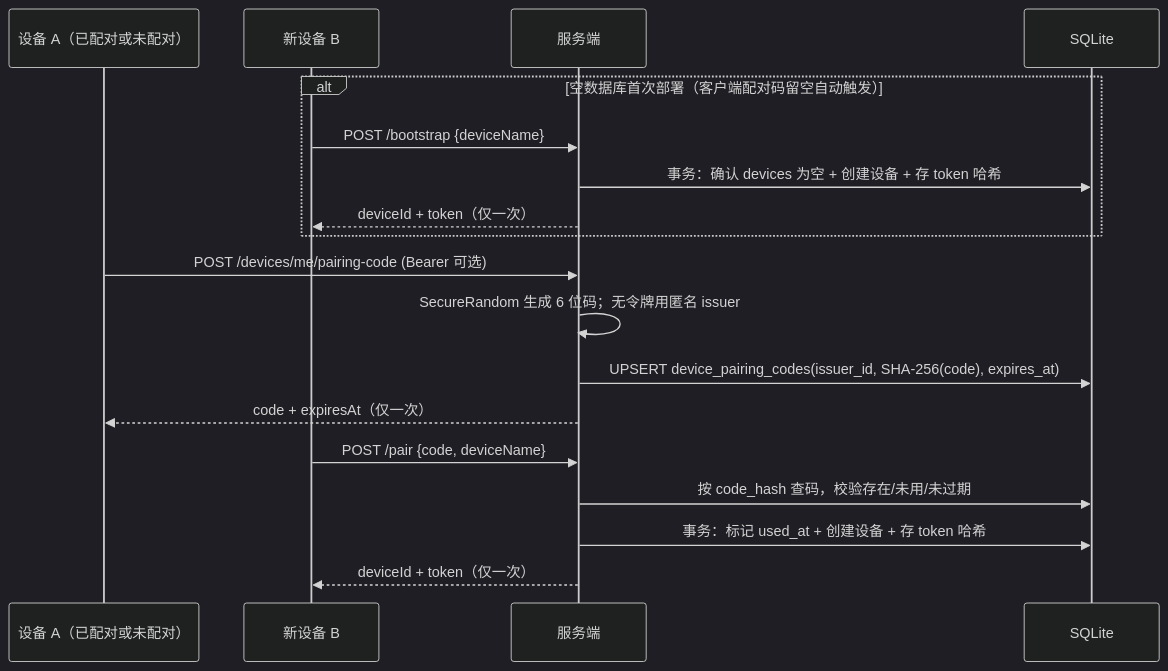
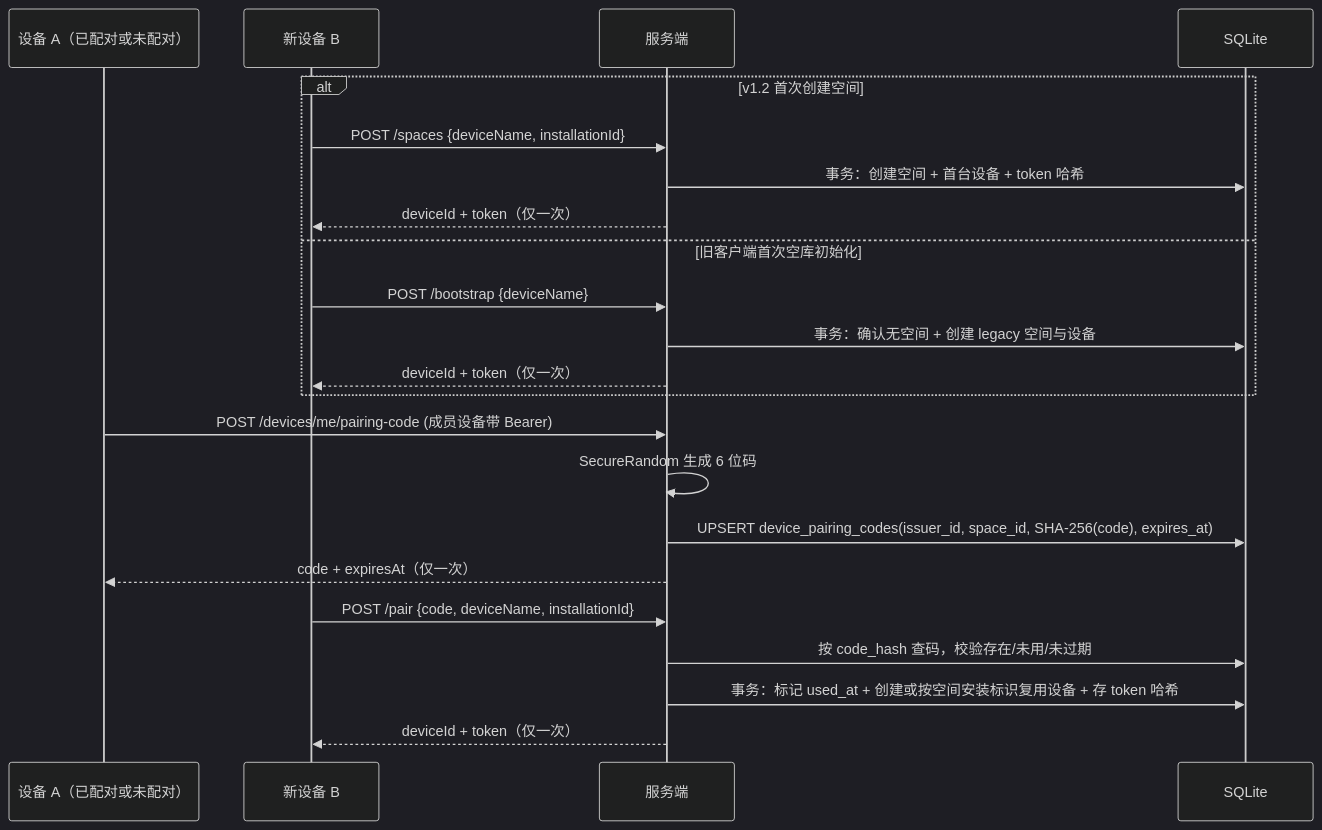
Before and after one commit to xingfengwxx/Clipbox: the third of 8 diagrams in docs/服务端技术架构.md, drawn with Mermaid (dark theme). The commit also changed other lines of this file and 9 other files, not shown here.

````diff
--- a/docs/服务端技术架构.md
+++ b/docs/服务端技术架构.md
@@ -697,21 +717,25 @@
 ```mermaid
 sequenceDiagram
     participant A as 设备 A（已配对或未配对）
     participant C as 新设备 B
     participant S as 服务端
     participant DB as SQLite
 
-    alt 空数据库首次部署（客户端配对码留空自动触发）
+    alt v1.2 首次创建空间
+        C->>S: POST /spaces {deviceName, installationId}
+        S->>DB: 事务：创建空间 + 首台设备 + token 哈希
+        S-->>C: deviceId + token（仅一次）
+    else 旧客户端首次空库初始化
         C->>S: POST /bootstrap {deviceName}
-        S->>DB: 事务：确认 devices 为空 + 创建设备 + 存 token 哈希
+        S->>DB: 事务：确认无空间 + 创建 legacy 空间与设备
         S-->>C: deviceId + token（仅一次）
     end
-    A->>S: POST /devices/me/pairing-code (Bearer 可选)
-    S->>S: SecureRandom 生成 6 位码；无令牌用匿名 issuer
-    S->>DB: UPSERT device_pairing_codes(issuer_id, SHA-256(code), expires_at)
+    A->>S: POST /devices/me/pairing-code (成员设备带 Bearer)
+    S->>S: SecureRandom 生成 6 位码
+    S->>DB: UPSERT device_pairing_codes(issuer_id, space_id, SHA-256(code), expires_at)
     S-->>A: code + expiresAt（仅一次）
-    C->>S: POST /pair {code, deviceName}
+    C->>S: POST /pair {code, deviceName, installationId}
     S->>DB: 按 code_hash 查码，校验存在/未用/未过期
-    S->>DB: 事务：标记 used_at + 创建设备 + 存 token 哈希
+    S->>DB: 事务：标记 used_at + 创建或按空间安装标识复用设备 + 存 token 哈希
     S-->>C: deviceId + token（仅一次）
 ```
````
